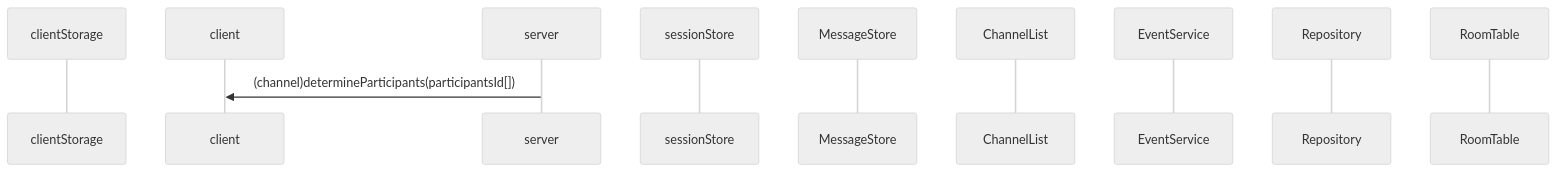
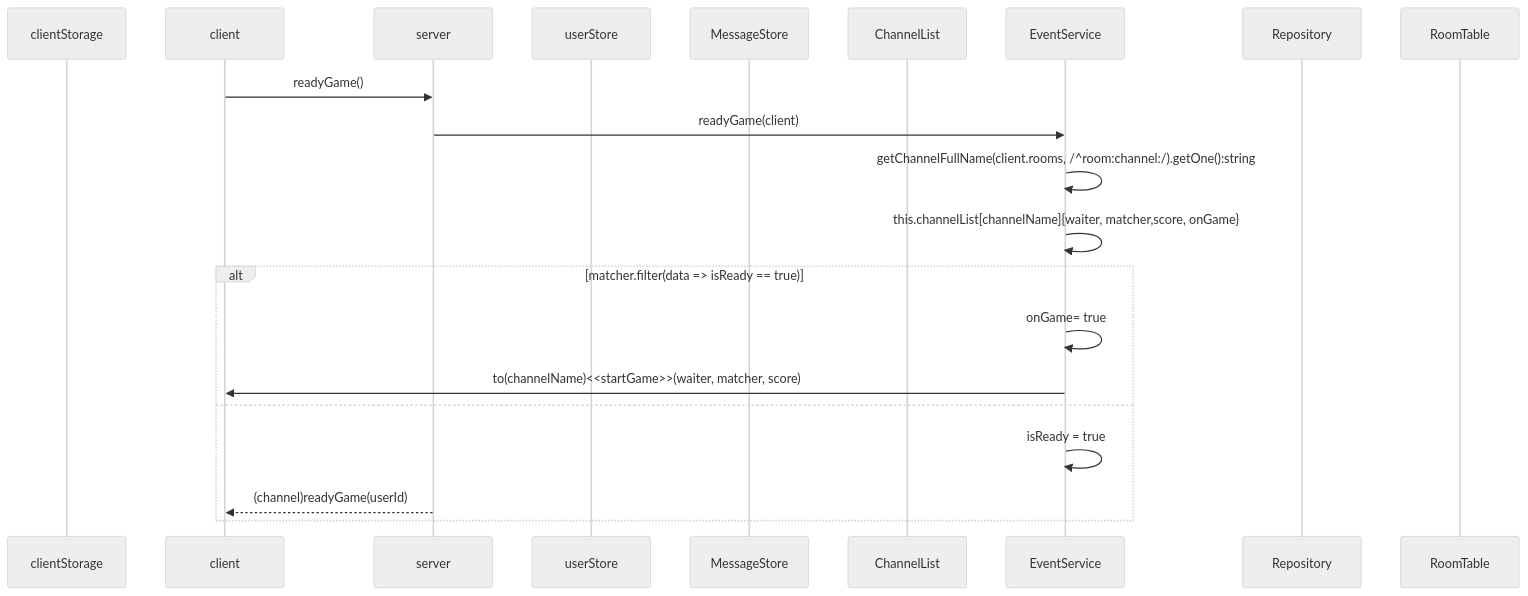
One commit to mtak0235/simmons_transcendence changed diagram 16 of 19 in backend/node/app/event.md. Above: the diagram before and after it, drawn with Mermaid (neutral theme). The commit also changed other lines of this file, not shown here.

````diff
--- a/backend/node/app/event.md
+++ b/backend/node/app/event.md
@@ -398,15 +452,24 @@
 ```mermaid
 sequenceDiagram
 participant cls as clientStorage
 participant c as client
 participant ga as server
-participant ss as sessionStore
+participant ss as userStore
 participant ms as MessageStore
 participant cns as ChannelList
 participant cs as EventService
 participant r as Repository
 participant rt as RoomTable
 
-ga->>c: (channel)determineParticipants(participantsId[])
-
+c->>ga: readyGame()
+ga->>cs: readyGame(client)
+cs->>cs: getChannelFullName(client.rooms, /^room:channel:/).getOne():string
+cs->>cs: this.channelList[channelName]{waiter, matcher,score, onGame}
+alt matcher.filter(data => isReady == true)
+cs->>cs: onGame= true
+cs->>c: to(channelName)<<startGame>>(waiter, matcher, score)
+else
+cs->>cs: isReady = true
+ga-->>c: (channel)readyGame(userId)
+end
 ```
````
